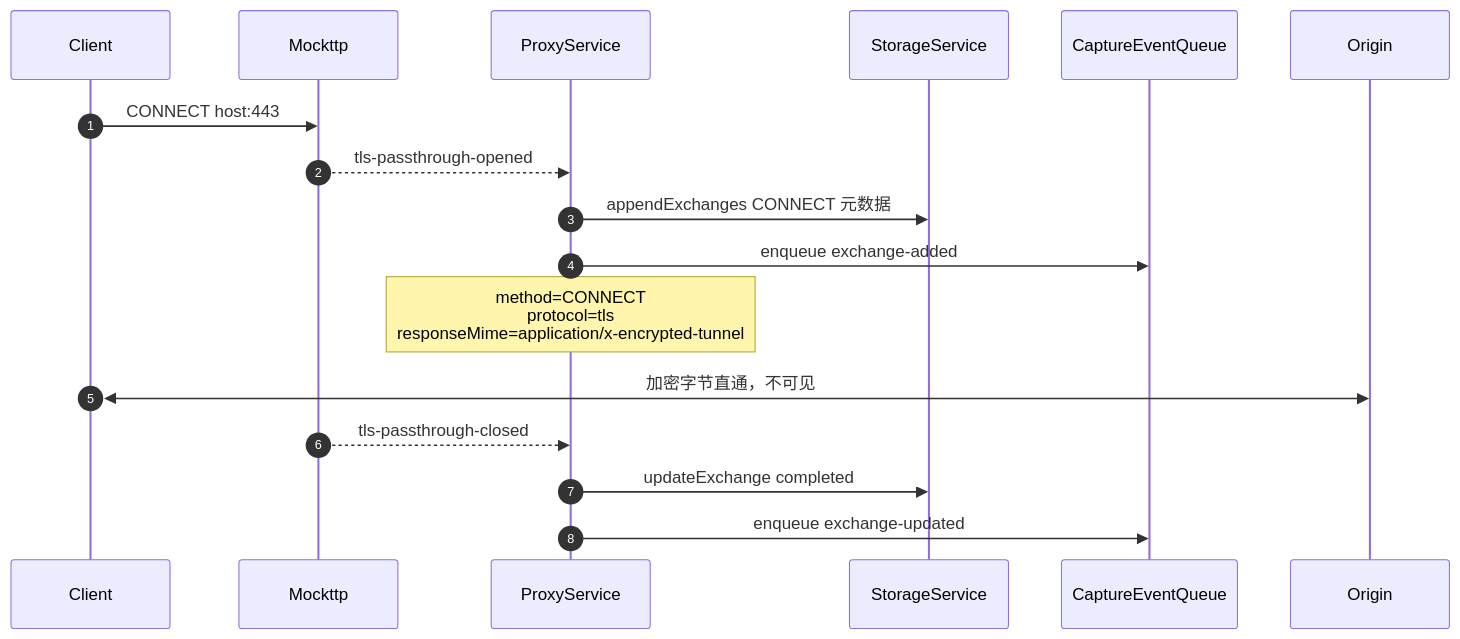
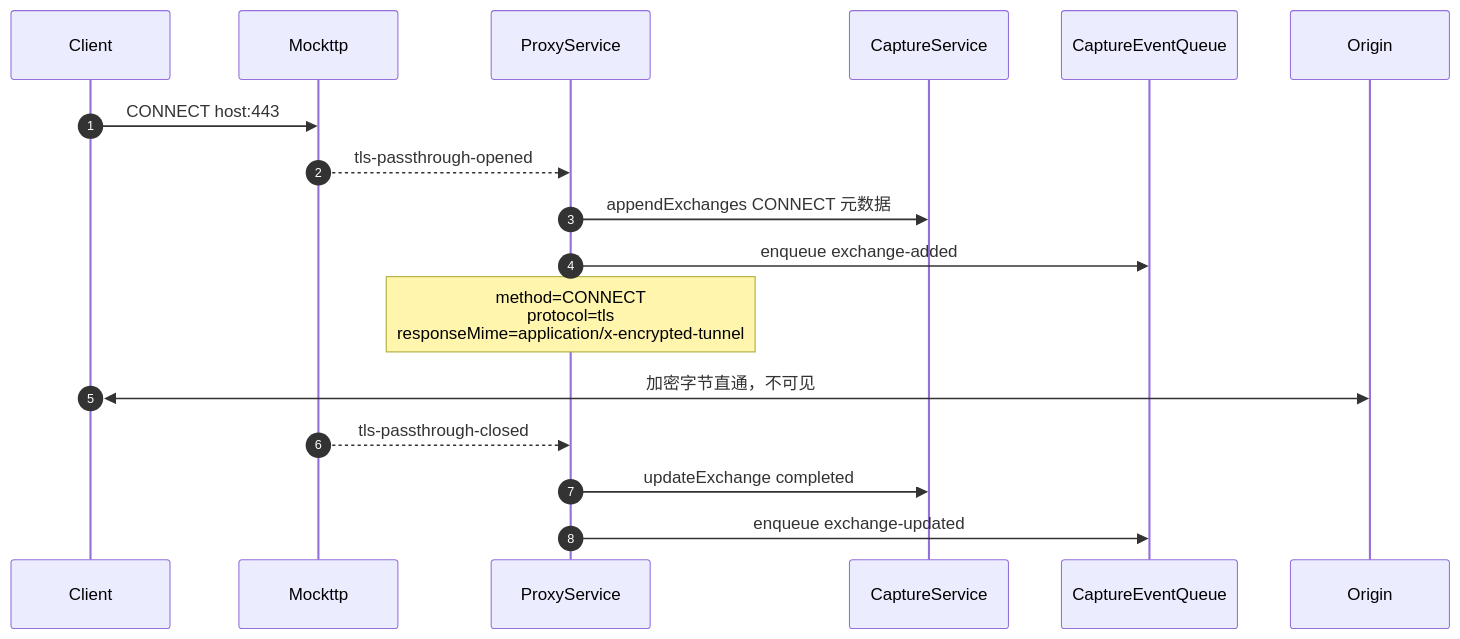
One commit to zhxmt-xm/Interceptor changed the third of 14 diagrams in architecture/feature-capture.md. Above: the diagram before and after it, drawn with Mermaid. The commit also changed other lines of this file and 237 other files, not shown here.

````diff
--- a/architecture/feature-capture.md
+++ b/architecture/feature-capture.md
@@ -330,20 +330,20 @@
 ```mermaid
 sequenceDiagram
     autonumber
     participant Client
     participant Mockttp
     participant Proxy as ProxyService
-    participant Storage as StorageService
+    participant Storage as CaptureService
     participant Queue as CaptureEventQueue
     participant Origin
 
     Client->>Mockttp: CONNECT host:443
     Mockttp-->>Proxy: tls-passthrough-opened
     Proxy->>Storage: appendExchanges CONNECT 元数据
     Proxy->>Queue: enqueue exchange-added
     Note over Proxy: method=CONNECT<br/>protocol=tls<br/>responseMime=application/x-encrypted-tunnel
     Client<<->>Origin: 加密字节直通，不可见
     Mockttp-->>Proxy: tls-passthrough-closed
     Proxy->>Storage: updateExchange completed
     Proxy->>Queue: enqueue exchange-updated
 ```
````
